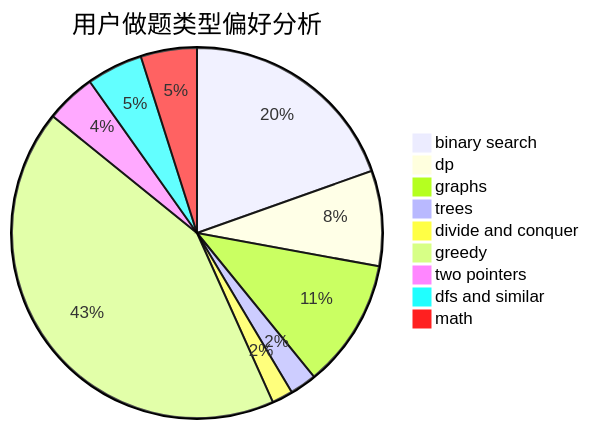
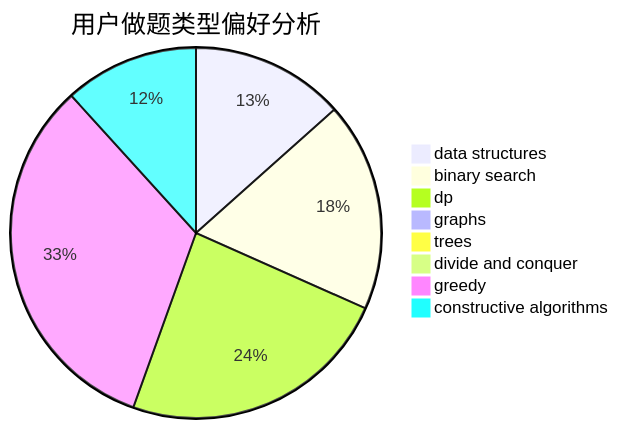
Before and after one commit to sherpahu/cfrs.github.io: the second of 3 diagrams in docs/user/u2577.md, drawn with Mermaid. The commit also changed other lines of this file and 2775 other files, not shown here.

````diff
--- a/docs/user/u2577.md
+++ b/docs/user/u2577.md
@@ -23,12 +23,11 @@
 ```mermaid
 pie title 用户做题类型偏好分析
-    "binary search" :  395
-    "dp" :  168
-    "graphs" :  227
-    "trees" :  47
-    "divide and conquer" :  37
-    "greedy" :  859
-    "two pointers" :  88
-    "dfs and similar" :  99
-    "math" :  99
+    "data structures" :  72
+    "binary search" :  98
+    "dp" :  128
+    "graphs" :  4
+    "trees" :  0
+    "divide and conquer" :  0
+    "greedy" :  176
+    "constructive algorithms" :  63
 ```
````
